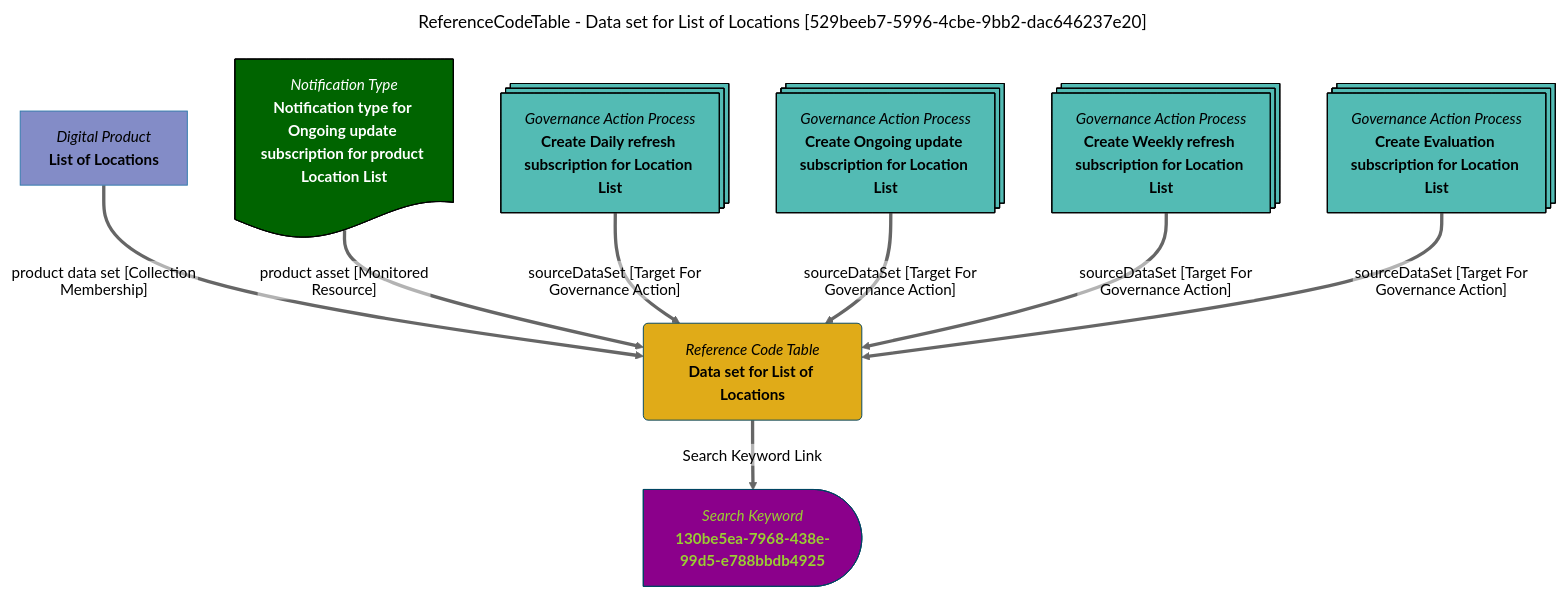
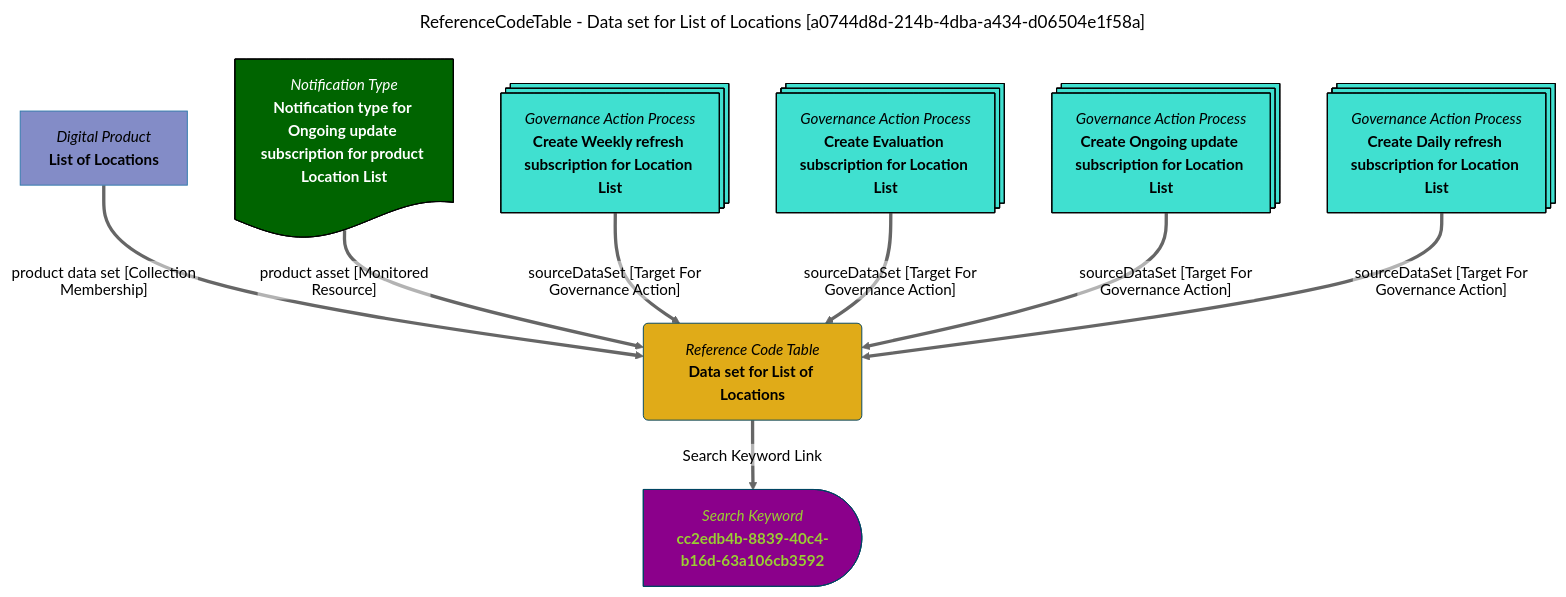
Before and after one commit to odpi/egeria-docs: the diagram in site/snippets/data-assets/data-set-for-list-of-locations-mermaid-graph.md, drawn with Mermaid (neutral theme). The commit also changed 2201 other files, not shown here.

````diff
--- a/site/snippets/data-assets/data-set-for-list-of-locations-mermaid-graph.md
+++ b/site/snippets/data-assets/data-set-for-list-of-locations-mermaid-graph.md
@@ -1,39 +1,39 @@
 ```mermaid
 ---
-title: ReferenceCodeTable - Data set for List of Locations [529beeb7-5996-4cbe-9bb2-dac646237e20]
+title: ReferenceCodeTable - Data set for List of Locations [a0744d8d-214b-4dba-a434-d06504e1f58a]
 ---
 flowchart TD
 %%{init: {"flowchart": {"htmlLabels": false}} }%%
 
 1@{ shape: rounded, label: "*Reference Code Table*
 **Data set for List of Locations**"}
 2@{ shape: delay, label: "*Search Keyword*
-**130be5ea-7968-438e-99d5-e788bbdb4925**"}
+**cc2edb4b-8839-40c4-b16d-63a106cb3592**"}
 1==>|"Search Keyword Link"|2
 3@{ shape: rect, label: "*Digital Product*
 **List of Locations**"}
 3==>|"product data set [Collection Membership]"|1
 4@{ shape: doc, label: "*Notification Type*
 **Notification type for Ongoing update subscription for product Location List**"}
 4==>|"product asset [Monitored Resource]"|1
 5@{ shape: processes, label: "*Governance Action Process*
-**Create Daily refresh subscription for Location List**"}
+**Create Weekly refresh subscription for Location List**"}
 5==>|"sourceDataSet [Target For Governance Action]"|1
 6@{ shape: processes, label: "*Governance Action Process*
-**Create Ongoing update subscription for Location List**"}
+**Create Evaluation subscription for Location List**"}
 6==>|"sourceDataSet [Target For Governance Action]"|1
 7@{ shape: processes, label: "*Governance Action Process*
-**Create Weekly refresh subscription for Location List**"}
+**Create Ongoing update subscription for Location List**"}
 7==>|"sourceDataSet [Target For Governance Action]"|1
 8@{ shape: processes, label: "*Governance Action Process*
-**Create Evaluation subscription for Location List**"}
+**Create Daily refresh subscription for Location List**"}
 8==>|"sourceDataSet [Target For Governance Action]"|1
 style 1 color:#000000, fill:#e0ab18, stroke:#004563
-style 2 color:#9acd32, fill:#8b008b, stroke:#004563
+style 2 color:#9ACD32, fill:#8B008B, stroke:#004563
 style 3 color:#000000, fill:#838cc7, stroke:#3079ab
 style 4 color:#FFFFFF, fill:#006400, stroke:#000000
-style 5 color:#000000, fill:#53bbb4, stroke:#000000
-style 6 color:#000000, fill:#53bbb4, stroke:#000000
-style 7 color:#000000, fill:#53bbb4, stroke:#000000
-style 8 color:#000000, fill:#53bbb4, stroke:#000000
+style 5 color:#000000, fill:#40E0D0, stroke:#000000
+style 6 color:#000000, fill:#40E0D0, stroke:#000000
+style 7 color:#000000, fill:#40E0D0, stroke:#000000
+style 8 color:#000000, fill:#40E0D0, stroke:#000000
 ```
````
